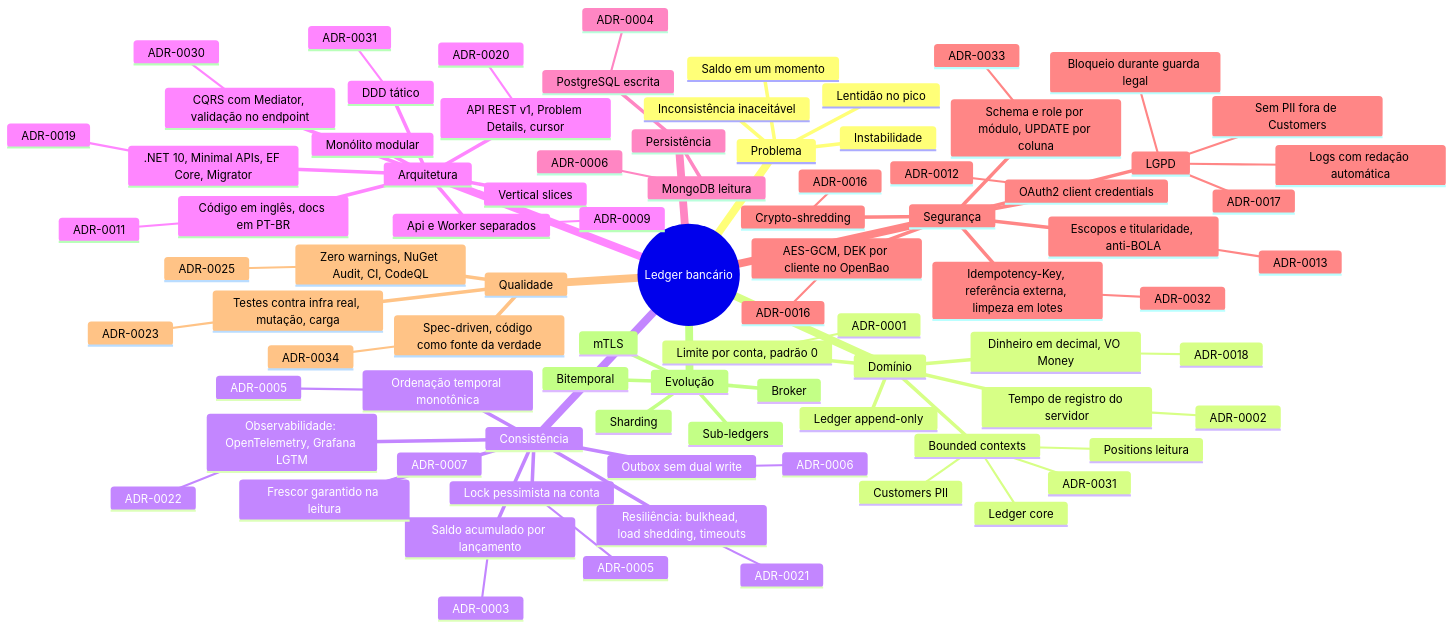
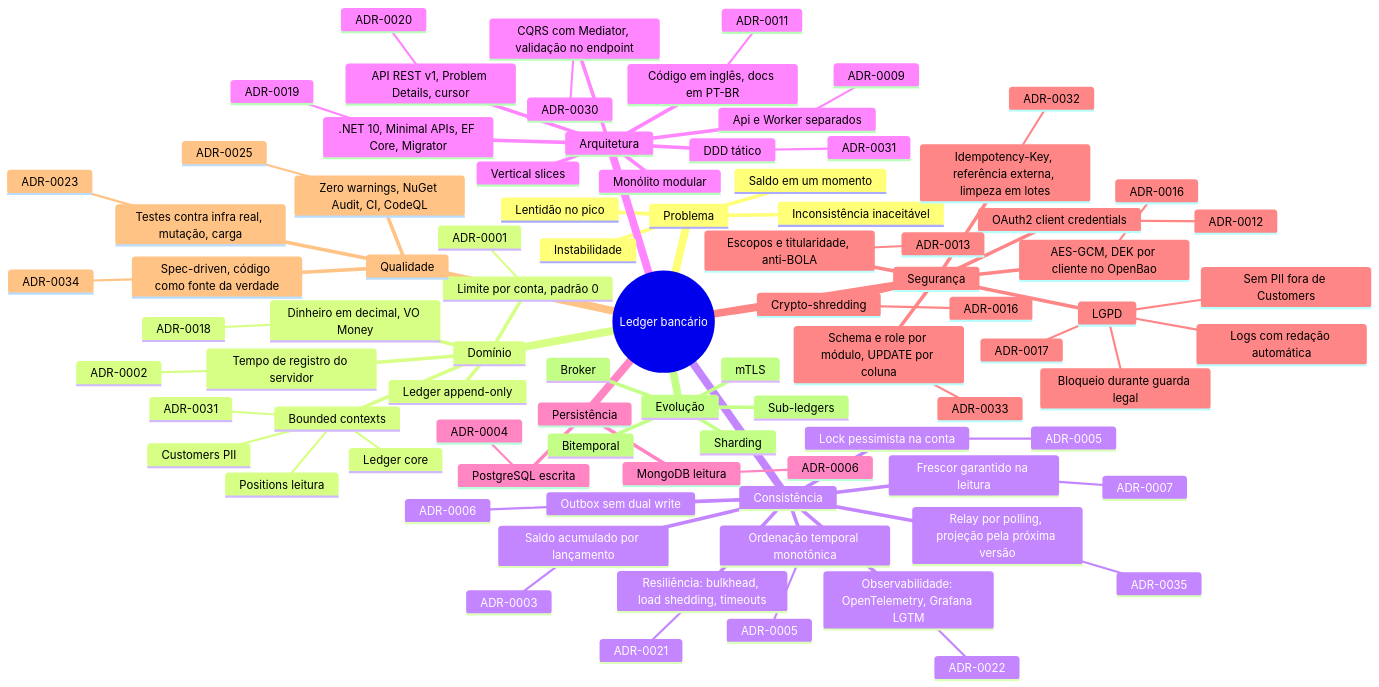
The first of 2 diagrams in docs/mapa-de-decisoes.md (arthuurw/desafio-arquiteto-keyrus), drawn with Mermaid before and after one commit. The commit also changed other lines of this file and 2 other files, not shown here.

Commit message:
docs: trace ADR-0035 in the decision map and the PRD

```diff
--- a/docs/mapa-de-decisoes.md
+++ b/docs/mapa-de-decisoes.md
@@ -51,6 +51,8 @@
         ADR-0005
       Outbox sem dual write
         ADR-0006
+      Relay por polling, projeção pela próxima versão
+        ADR-0035
       Resiliência: bulkhead, load shedding, timeouts
         ADR-0021
       Observabilidade: OpenTelemetry, Grafana LGTM
```
